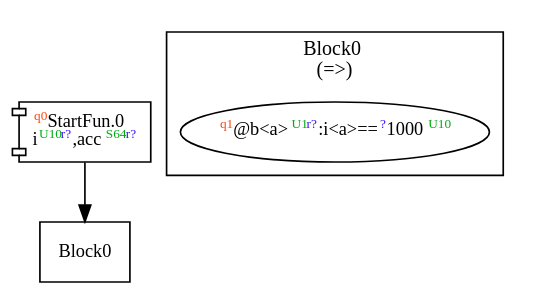
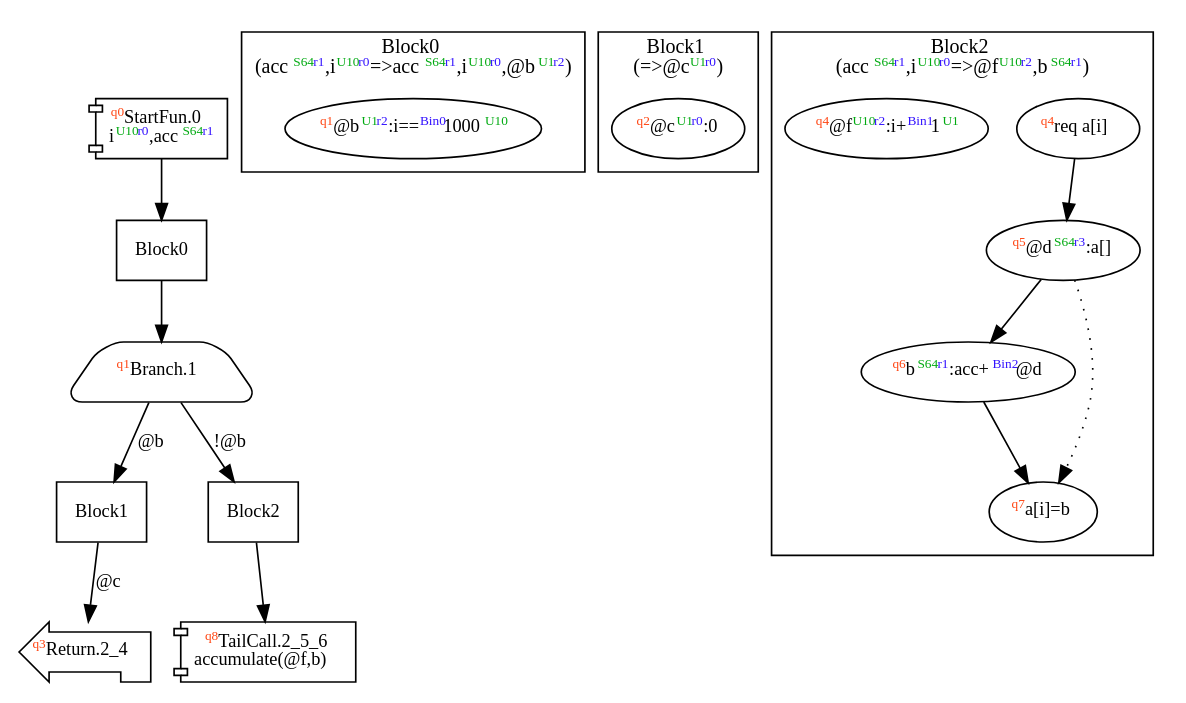
The diagram in dist/accumulate.dot (akouryy/SyntheScala), drawn with Graphviz before and after one commit. The commit also changed 12 other files, not shown here.

Commit message:
[parallel] Draw loops in GraphDrawer and fix bugs

```diff
--- a/dist/accumulate.dot
+++ b/dist/accumulate.dot
@@ -1,13 +1,44 @@
 digraph Program_ {
   graph [fontname = "Monaco", fontsize = 12, ranksep = 0.5];
   node [shape = box, fontname = "Monaco", fontsize = 11; colorscheme = pastel19];
   edge [fontname = "Monaco", fontsize = 11; colorscheme = pastel19];
-  Jump0[label = <<font color="#ff4411" point-size="8"><sup>q0</sup></font>StartFun.0<br/>i<font color="#00aa11" point-size="8"><sup>U10</sup></font><font color="#3311ff" point-size="8"><sup>r?</sup></font>,acc<font color="#00aa11" point-size="8"><sup>S64</sup></font><font color="#3311ff" point-size="8"><sup>r?</sup></font>>; shape = component];
+  Jump0[label = <<font color="#ff4411" point-size="8"><sup>q0</sup></font>StartFun.0<br/>i<font color="#00aa11" point-size="8"><sup>U10</sup></font><font color="#3311ff" point-size="8"><sup>r0</sup></font>,acc<font color="#00aa11" point-size="8"><sup>S64</sup></font><font color="#3311ff" point-size="8"><sup>r1</sup></font>>; shape = component];
   Jump0 -> Block0;
+  Jump1[
+    label = <<font color="#ff4411" point-size="8"><sup>q1</sup></font>Branch.1>;
+    shape = trapezium; style = rounded;
+  ];
+  Block0 -> Jump1;
+  Jump1 -> Block1 [label="@b"];
+  Jump1 -> Block2 [label="!@b"];
+  Jump2_4[label = <<font color="#ff4411" point-size="8"><sup>q3</sup></font>Return.2_4>; shape = lpromoter];
+  Block1 -> Jump2_4 [label="@c"];
+  Jump2_5_6[label = <<font color="#ff4411" point-size="8"><sup>q8</sup></font>TailCall.2_5_6<br/>accumulate(@f,b)>; shape = component];
+  Block2 -> Jump2_5_6;
   Block0 [label = "Block0"];
+  Block1 [label = "Block1"];
+  Block2 [label = "Block2"];
   subgraph cluster_dfg_Block0 {
     node [shape = oval];
-    label = <Block0<br/>(=&gt;)>;
-    1 [label=<<font color="#ff4411" point-size="8"><sup>q1</sup></font>@b&lt;a&gt;<font color="#00aa11" point-size="8"><sup>U1</sup></font><font color="#3311ff" point-size="8"><sup>r?</sup></font>:i&lt;a&gt;==<font color="#3311ff" point-size="8"><sup>?</sup></font>1000<font color="#00aa11" point-size="8"><sup>U10</sup></font>>];
+    label = <Block0<br/>(acc<font color="#00aa11" point-size="8"><sup>S64</sup></font><font color="#3311ff" point-size="8"><sup>r1</sup></font>,i<font color="#00aa11" point-size="8"><sup>U10</sup></font><font color="#3311ff" point-size="8"><sup>r0</sup></font>=&gt;acc<font color="#00aa11" point-size="8"><sup>S64</sup></font><font color="#3311ff" point-size="8"><sup>r1</sup></font>,i<font color="#00aa11" point-size="8"><sup>U10</sup></font><font color="#3311ff" point-size="8"><sup>r0</sup></font>,@b<font color="#00aa11" point-size="8"><sup>U1</sup></font><font color="#3311ff" point-size="8"><sup>r2</sup></font>)>;
+    1 [label=<<font color="#ff4411" point-size="8"><sup>q1</sup></font>@b<font color="#00aa11" point-size="8"><sup>U1</sup></font><font color="#3311ff" point-size="8"><sup>r2</sup></font>:i==<font color="#3311ff" point-size="8"><sup>Bin0</sup></font>1000<font color="#00aa11" point-size="8"><sup>U10</sup></font>>];
+  }
+  subgraph cluster_dfg_Block1 {
+    node [shape = oval];
+    label = <Block1<br/>(=&gt;@c<font color="#00aa11" point-size="8"><sup>U1</sup></font><font color="#3311ff" point-size="8"><sup>r0</sup></font>)>;
+    2 [label=<<font color="#ff4411" point-size="8"><sup>q2</sup></font>@c<font color="#00aa11" point-size="8"><sup>U1</sup></font><font color="#3311ff" point-size="8"><sup>r0</sup></font>:0>];
+  }
+  subgraph cluster_dfg_Block2 {
+    node [shape = oval];
+    label = <Block2<br/>(acc<font color="#00aa11" point-size="8"><sup>S64</sup></font><font color="#3311ff" point-size="8"><sup>r1</sup></font>,i<font color="#00aa11" point-size="8"><sup>U10</sup></font><font color="#3311ff" point-size="8"><sup>r0</sup></font>=&gt;@f<font color="#00aa11" point-size="8"><sup>U10</sup></font><font color="#3311ff" point-size="8"><sup>r2</sup></font>,b<font color="#00aa11" point-size="8"><sup>S64</sup></font><font color="#3311ff" point-size="8"><sup>r1</sup></font>)>;
+    5 [label=<<font color="#ff4411" point-size="8"><sup>q6</sup></font>b<font color="#00aa11" point-size="8"><sup>S64</sup></font><font color="#3311ff" point-size="8"><sup>r1</sup></font>:acc+<font color="#3311ff" point-size="8"><sup>Bin2</sup></font>@d>];
+    6 [label=<<font color="#ff4411" point-size="8"><sup>q7</sup></font>a[i]=b>];
+    3 [label=<<font color="#ff4411" point-size="8"><sup>q4</sup></font>req a[i]>];
+    8 [label=<<font color="#ff4411" point-size="8"><sup>q4</sup></font>@f<font color="#00aa11" point-size="8"><sup>U10</sup></font><font color="#3311ff" point-size="8"><sup>r2</sup></font>:i+<font color="#3311ff" point-size="8"><sup>Bin1</sup></font>1<font color="#00aa11" point-size="8"><sup>U1</sup></font>>];
+    4 [label=<<font color="#ff4411" point-size="8"><sup>q5</sup></font>@d<font color="#00aa11" point-size="8"><sup>S64</sup></font><font color="#3311ff" point-size="8"><sup>r3</sup></font>:a[]>];
+    4 -> 5;
+    5 -> 6;
+    3 -> 4 [style = solid];
+    4 -> 6 [style = dotted];
   }
 }
```
